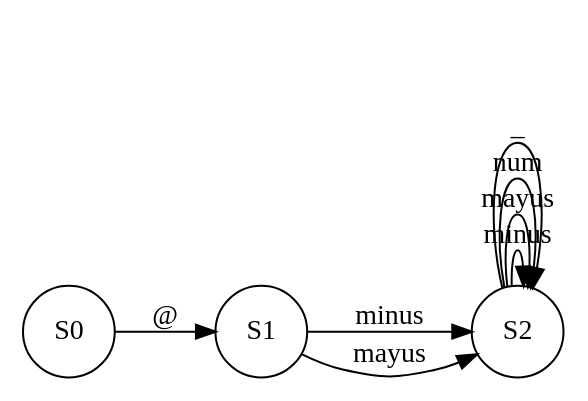
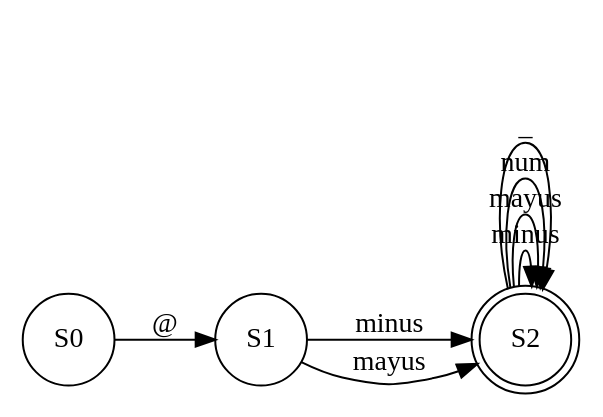
The diagram in OLC_Proyecto1_201901816/afd/igusername.dot (AngelArteaga1/OLC_Proyecto1_201901816), drawn with Graphviz before and after one commit. The commit also changed 48 other files, not shown here.

```diff
--- a/OLC_Proyecto1_201901816/afd/igusername.dot
+++ b/OLC_Proyecto1_201901816/afd/igusername.dot
@@ -1,14 +1,14 @@
 digraph G{
 rankdir=LR
 node[shape=circle]
 nodo0 [ label ="S0"];
 nodo1 [ label ="S1"];
-nodo2 [ label ="S2"];
+nodo2 [ label ="S2", shape=doublecircle ];
 nodo0->nodo1 [label = "@"]
 nodo1->nodo2 [label = "minus"]
 nodo1->nodo2 [label = "mayus"]
 nodo2->nodo2 [label = "minus"]
 nodo2->nodo2 [label = "mayus"]
 nodo2->nodo2 [label = "num"]
 nodo2->nodo2 [label = "_"]
 }
```
